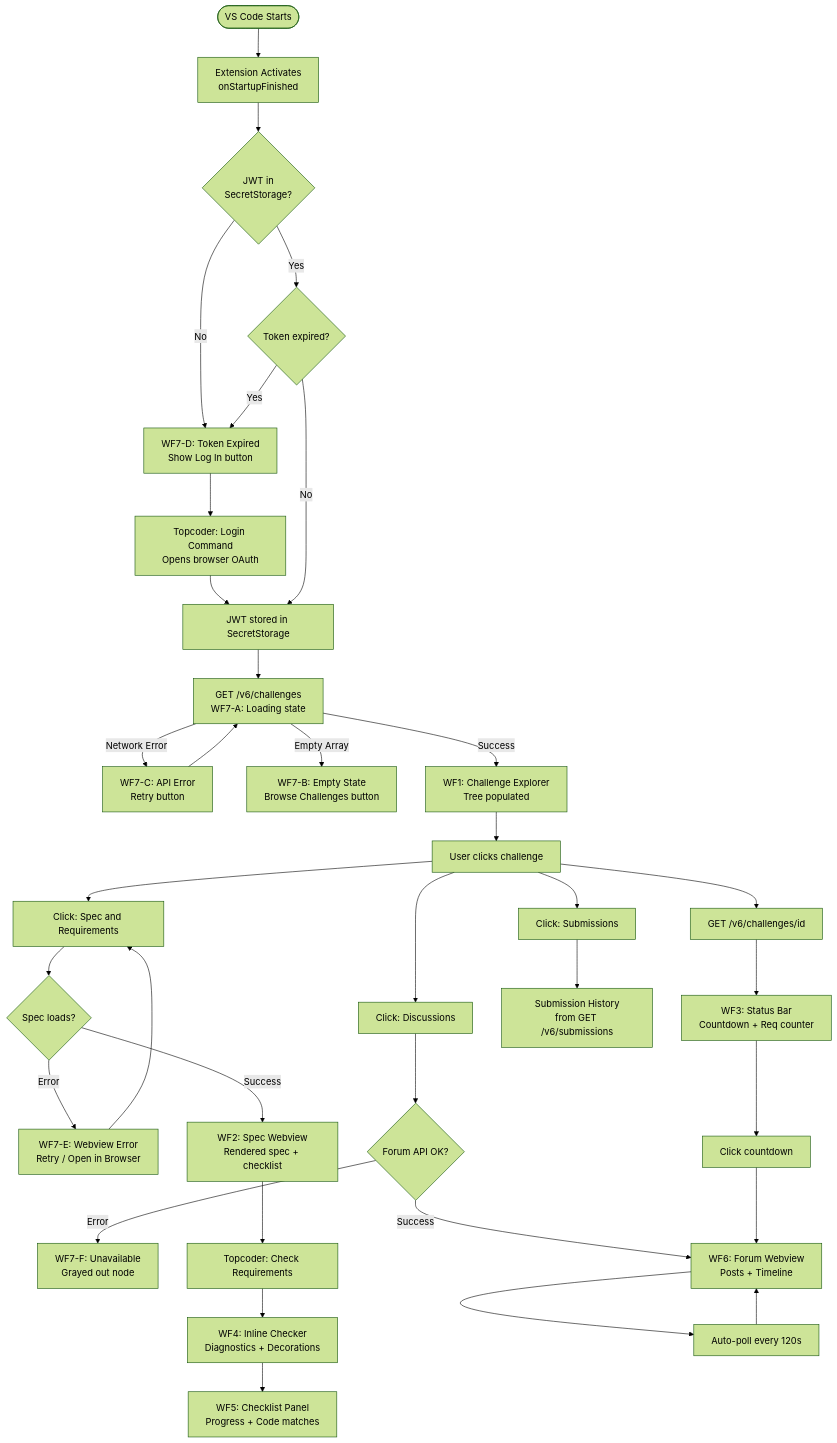
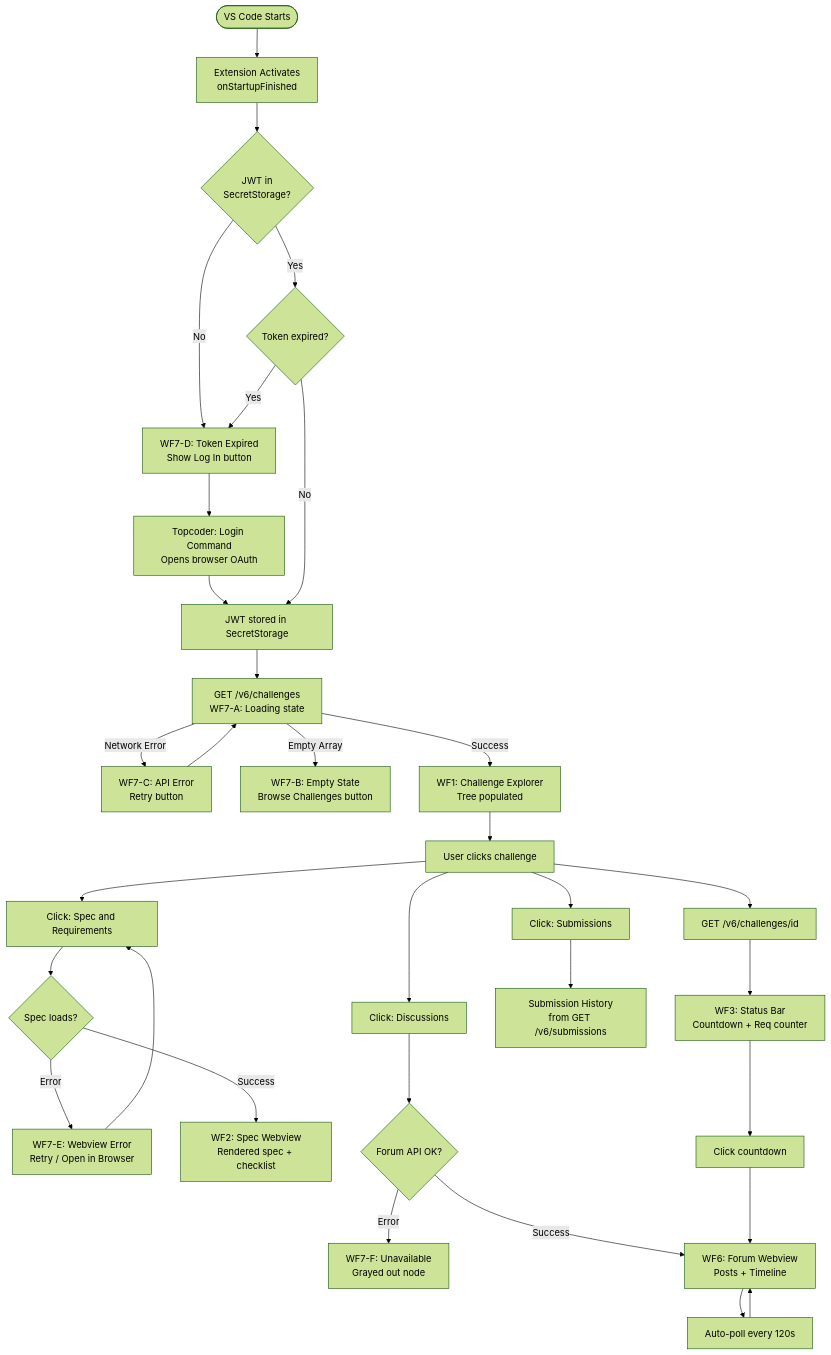
Before and after one commit to mirzailhami/tc-vscode-ideation: the diagram in wireframes.md, drawn with Mermaid (forest theme). The commit also changed other lines of this file and 7 other files, not shown here.

````diff
--- a/wireframes.md
+++ b/wireframes.md
@@ -24,47 +22,43 @@
 ```mermaid
 flowchart TD
     START([VS Code Starts]) --> ACTIVATE[Extension Activates<br/>onStartupFinished]
     ACTIVATE --> HAS_TOKEN{JWT in<br/>SecretStorage?}
 
     HAS_TOKEN -- No --> LOGIN_PROMPT[WF7-D: Token Expired<br/>Show Log In button]
     LOGIN_PROMPT --> LOGIN[Topcoder: Login Command<br/>Opens browser OAuth]
     LOGIN --> TOKEN_OK[JWT stored in SecretStorage]
 
     HAS_TOKEN -- Yes --> TOKEN_CHECK{Token expired?}
     TOKEN_CHECK -- Yes --> LOGIN_PROMPT
     TOKEN_CHECK -- No --> TOKEN_OK
 
     TOKEN_OK --> FETCH_LIST[GET /v6/challenges<br/>WF7-A: Loading state]
     FETCH_LIST -- Network Error --> ERROR_STATE[WF7-C: API Error<br/>Retry button]
     ERROR_STATE --> FETCH_LIST
     FETCH_LIST -- Empty Array --> EMPTY_STATE[WF7-B: Empty State<br/>Browse Challenges button]
     FETCH_LIST -- Success --> TREE[WF1: Challenge Explorer<br/>Tree populated]
 
     TREE --> SELECT[User clicks challenge]
     SELECT --> DETAIL[GET /v6/challenges/id]
     DETAIL --> SB[WF3: Status Bar<br/>Countdown + Req counter]
 
     SELECT --> SPEC_CLICK[Click: Spec and Requirements]
     SPEC_CLICK --> SPEC_LOAD{Spec loads?}
     SPEC_LOAD -- Error --> SPEC_ERR[WF7-E: Webview Error<br/>Retry / Open in Browser]
     SPEC_ERR --> SPEC_CLICK
     SPEC_LOAD -- Success --> SPEC[WF2: Spec Webview<br/>Rendered spec + checklist]
 
     SELECT --> DISCUSS_CLICK[Click: Discussions]
     DISCUSS_CLICK --> FORUM_AVAIL{Forum API OK?}
     FORUM_AVAIL -- Error --> FORUM_NA[WF7-F: Unavailable<br/>Grayed out node]
     FORUM_AVAIL -- Success --> FORUM[WF6: Forum Webview<br/>Posts + Timeline]
 
     SELECT --> SUB_CLICK[Click: Submissions]
     SUB_CLICK --> SUB_VIEW[Submission History<br/>from GET /v6/submissions]
 
-    SPEC --> CHECK_REQ[Topcoder: Check Requirements]
-    CHECK_REQ --> CHECKER[WF4: Inline Checker<br/>Diagnostics + Decorations]
-    CHECKER --> CHECKLIST[WF5: Checklist Panel<br/>Progress + Code matches]
-
     FORUM --> POLL[Auto-poll every 120s]
     POLL --> FORUM
 
     SB --> CLICK_SB[Click countdown]
     CLICK_SB --> FORUM
 ```
````
